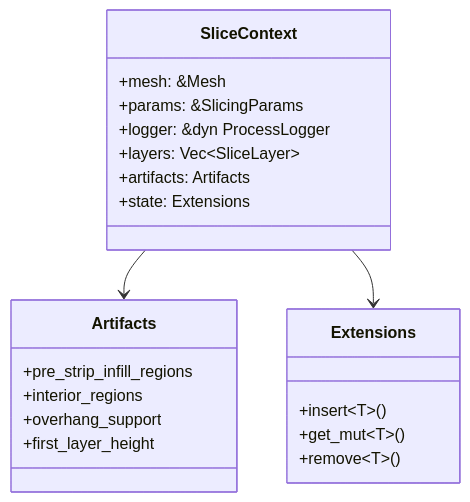
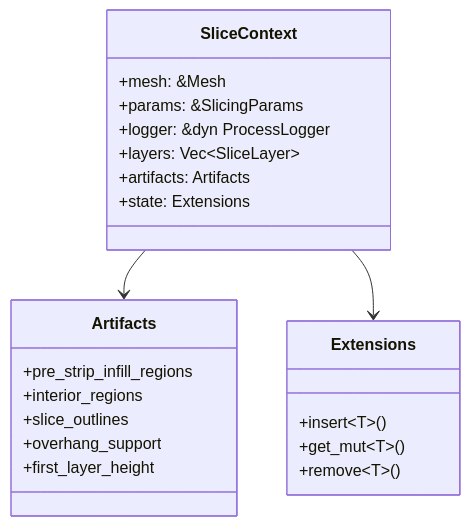
One commit to ColdCrabby/slicer changed the second of 2 diagrams in src/plugin/README.md. Above: the diagram before and after it, drawn with Mermaid. The commit also changed 9 other files, not shown here.

````diff
--- a/src/plugin/README.md
+++ b/src/plugin/README.md
@@ -144,24 +144,25 @@
 ```mermaid
 classDiagram
   class SliceContext {
     +mesh: &Mesh
     +params: &SlicingParams
     +logger: &dyn ProcessLogger
     +layers: Vec~SliceLayer~
     +artifacts: Artifacts
     +state: Extensions
   }
   class Artifacts {
     +pre_strip_infill_regions
     +interior_regions
+    +slice_outlines
     +overhang_support
     +first_layer_height
   }
   class Extensions {
     +insert~T~()
     +get_mut~T~()
     +remove~T~()
   }
   SliceContext --> Artifacts
   SliceContext --> Extensions
 ```
````
